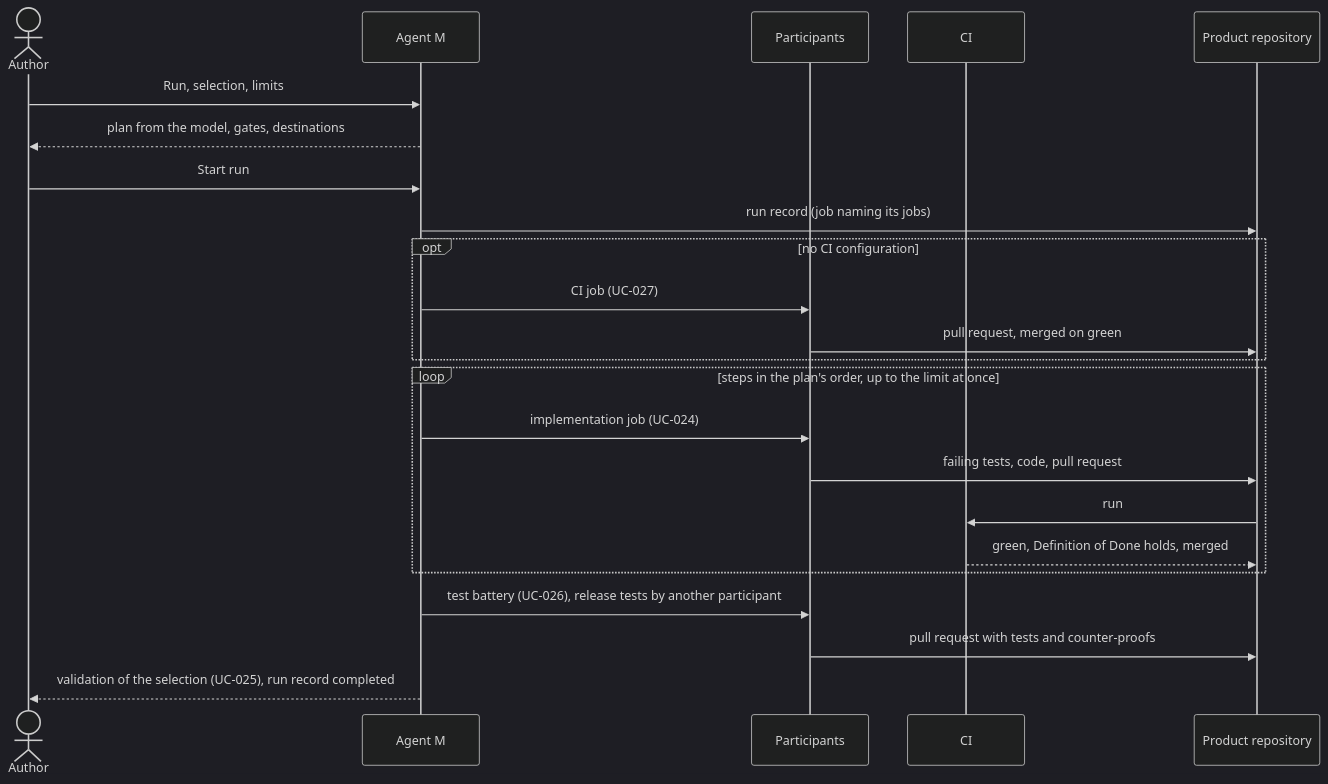
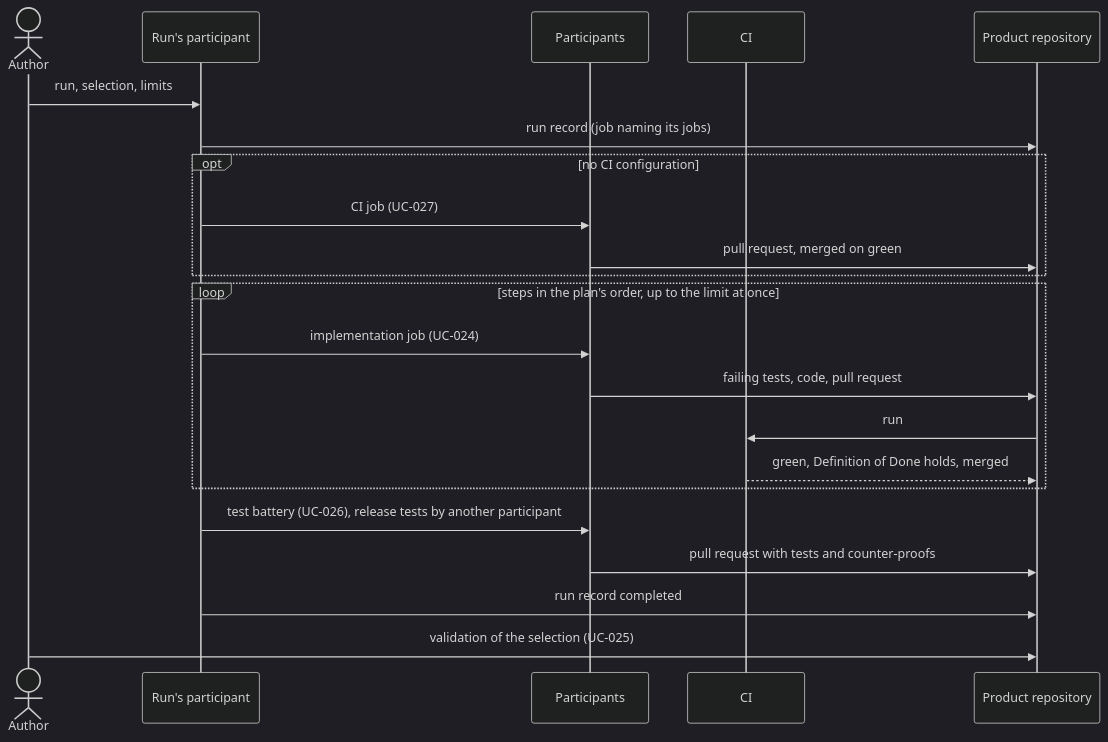
Before and after one commit to akmaier/agent-m: the diagram in docs/use-cases/UC-043-run-the-process-over-a-selection.md, drawn with Mermaid (dark theme). The commit also changed other lines of this file and 22 other files, not shown here.

````diff
--- a/docs/use-cases/UC-043-run-the-process-over-a-selection.md
+++ b/docs/use-cases/UC-043-run-the-process-over-a-selection.md
@@ -104,25 +102,24 @@
 ```mermaid
 sequenceDiagram
     actor A as Author
-    participant M as Agent M
+    participant R as Run's participant
     participant P as Participants
     participant C as CI
     participant G as Product repository
-    A->>M: Run, selection, limits
-    M-->>A: plan from the model, gates, destinations
-    A->>M: Start run
-    M->>G: run record (job naming its jobs)
+    A->>R: run, selection, limits
+    R->>G: run record (job naming its jobs)
     opt no CI configuration
-        M->>P: CI job (UC-027)
+        R->>P: CI job (UC-027)
         P->>G: pull request, merged on green
     end
     loop steps in the plan's order, up to the limit at once
-        M->>P: implementation job (UC-024)
+        R->>P: implementation job (UC-024)
         P->>G: failing tests, code, pull request
         G->>C: run
         C-->>G: green, Definition of Done holds, merged
     end
-    M->>P: test battery (UC-026), release tests by another participant
+    R->>P: test battery (UC-026), release tests by another participant
     P->>G: pull request with tests and counter-proofs
-    M-->>A: validation of the selection (UC-025), run record completed
+    R->>G: run record completed
+    A->>G: validation of the selection (UC-025)
 ```
````
